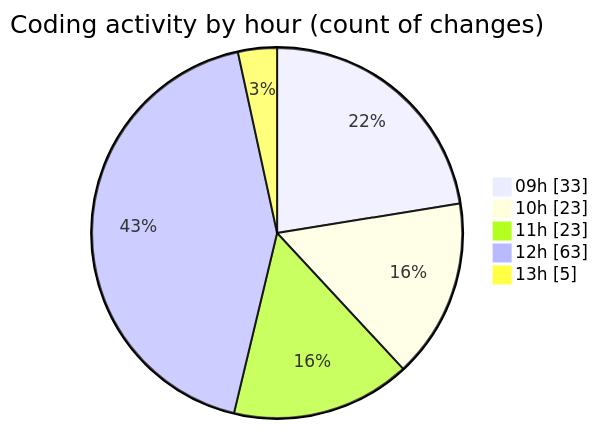
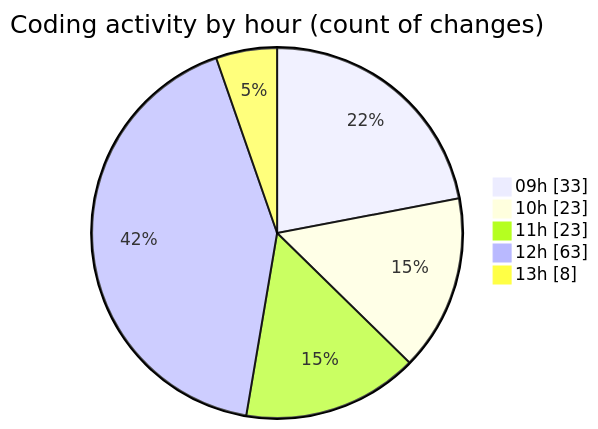
The second of 2 diagrams in 2025-05-20/ecodeli-1/README.md (CELIANVF/code-tracking), drawn with Mermaid before and after one commit. The commit also changed other lines of this file and 1 other file, not shown here.

````diff
--- a/2025-05-20/ecodeli-1/README.md
+++ b/2025-05-20/ecodeli-1/README.md
@@ -87,9 +87,9 @@
 ```mermaid
 pie showData
 title Coding activity by hour (count of changes)
 "09h" : 33
 "10h" : 23
 "11h" : 23
 "12h" : 63
-"13h" : 5
+"13h" : 8
 ```
````
